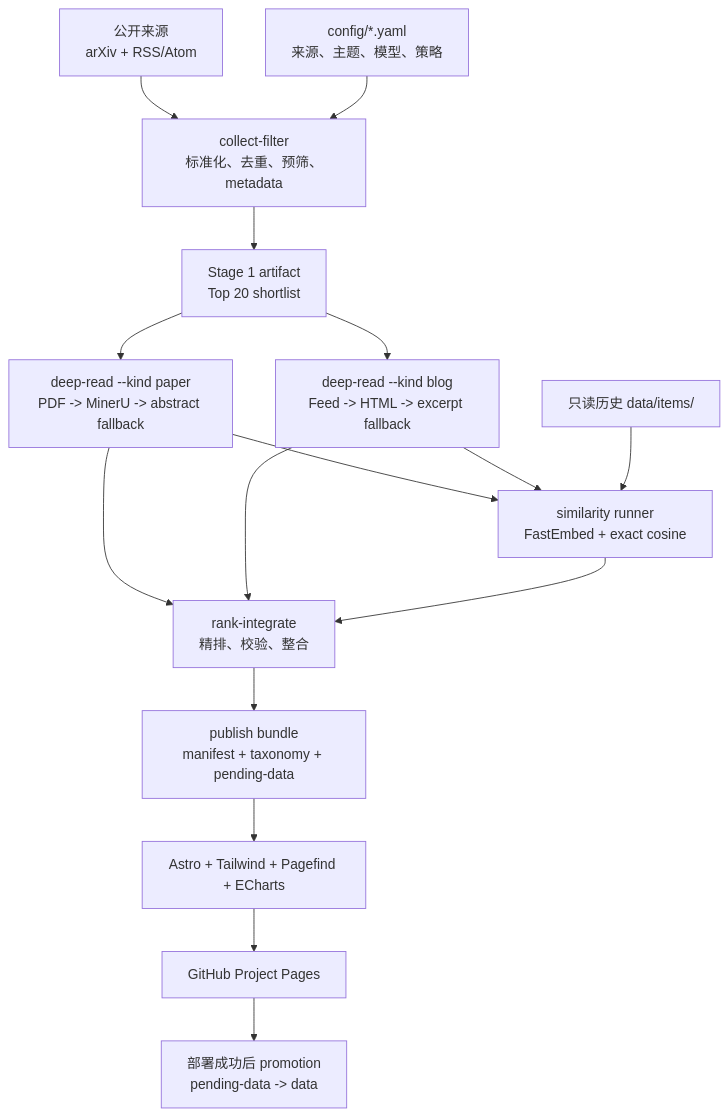
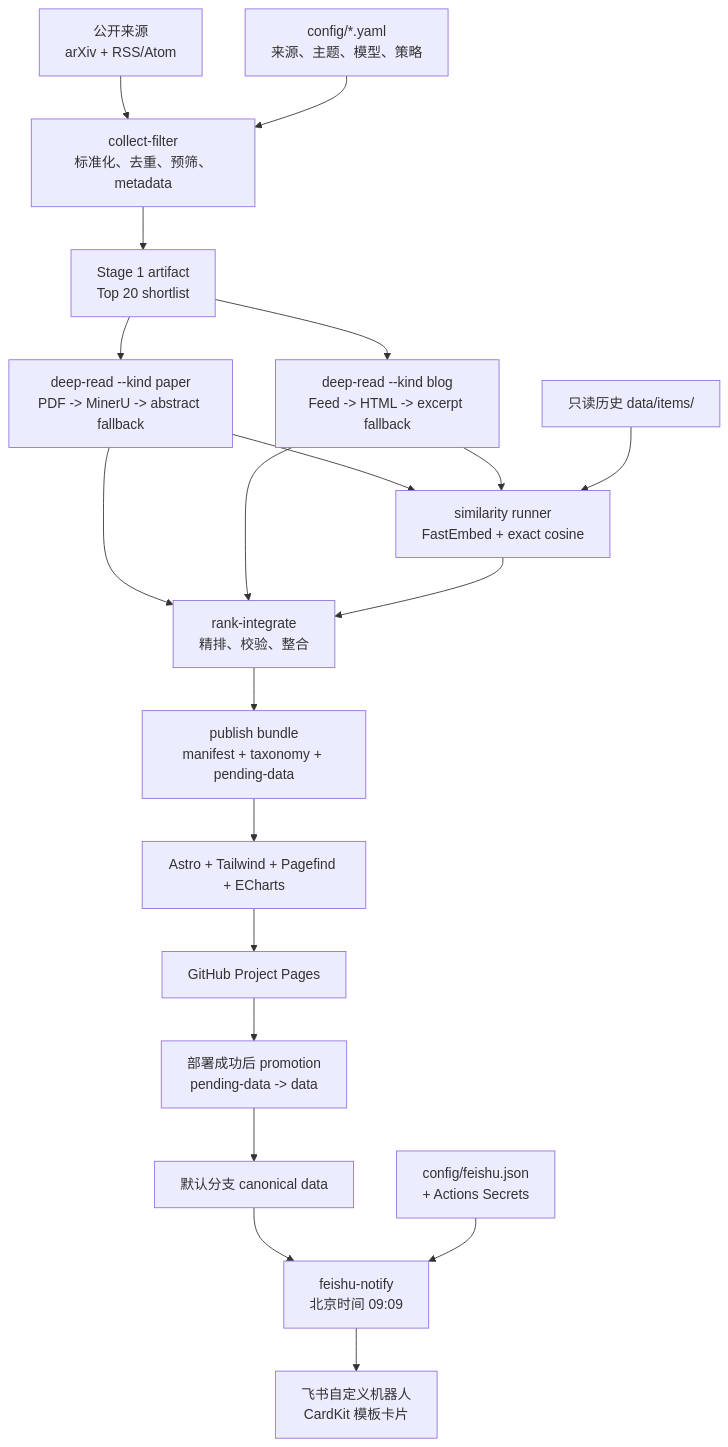
Before and after one commit to Bin-Zhang-hhht/rec-sys-daily: the first of 4 diagrams in docs/architecture.md, drawn with Mermaid. The commit also changed other lines of this file and 2 other files, not shown here.

Commit message:
docs: specify Feishu daily notifications

````diff
--- a/docs/architecture.md
+++ b/docs/architecture.md
@@ -13,18 +14,22 @@
 ```mermaid
 flowchart TB
     sources["公开来源<br/>arXiv + RSS/Atom"] --> collect["collect-filter<br/>标准化、去重、预筛、metadata"]
     config["config/*.yaml<br/>来源、主题、模型、策略"] --> collect
     collect --> stage1["Stage 1 artifact<br/>Top 20 shortlist"]
     stage1 --> paper["deep-read --kind paper<br/>PDF -> MinerU -> abstract fallback"]
     stage1 --> blog["deep-read --kind blog<br/>Feed -> HTML -> excerpt fallback"]
     paper --> similarity["similarity runner<br/>FastEmbed + exact cosine"]
     blog --> similarity
     history["只读历史 data/items/"] --> similarity
     paper --> integrate["rank-integrate<br/>精排、校验、整合"]
     blog --> integrate
     similarity --> integrate
     integrate --> bundle["publish bundle<br/>manifest + taxonomy + pending-data"]
     bundle --> site["Astro + Tailwind + Pagefind + ECharts"]
     site --> pages["GitHub Project Pages"]
     pages --> promote["部署成功后 promotion<br/>pending-data -> data"]
+    promote --> canonical["默认分支 canonical data"]
+    canonical --> notify["feishu-notify<br/>北京时间 09:09"]
+    feishu_config["config/feishu.json<br/>+ Actions Secrets"] --> notify
+    notify --> feishu["飞书自定义机器人<br/>CardKit 模板卡片"]
 ```
````
